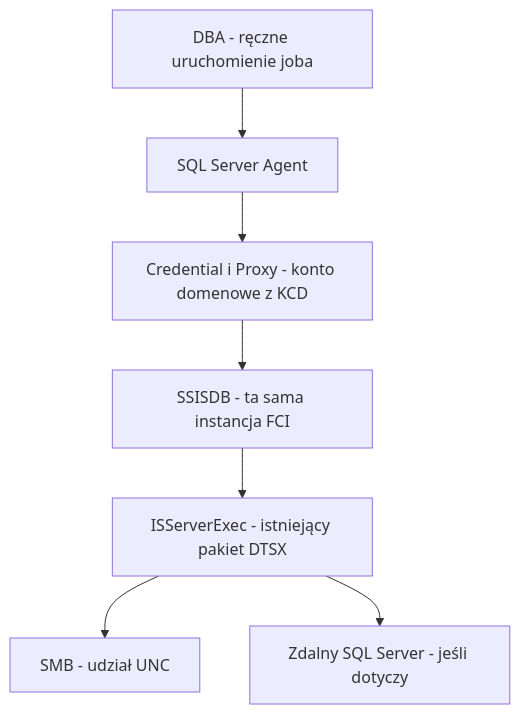
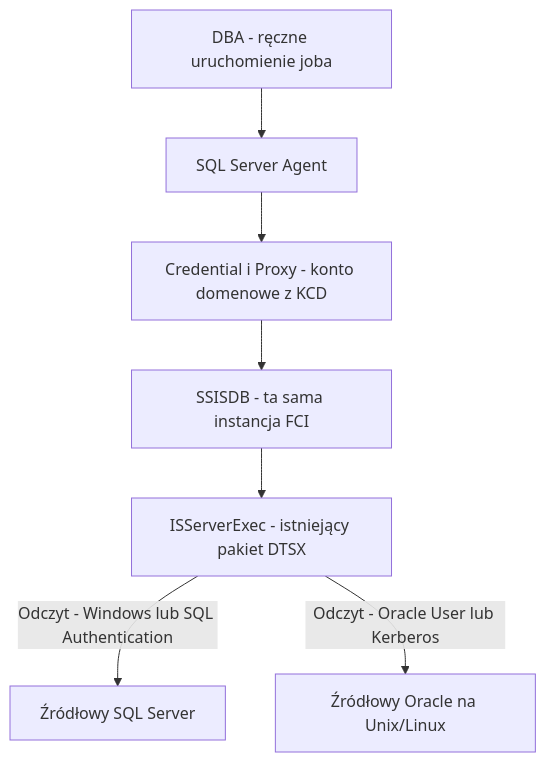
One commit to marcinpytlik/SQLManiak changed the diagram in docs/SSIS/SSIS-POC-KCD-Agent-Proxy.md. Above: the diagram before and after it, drawn with Mermaid. The commit also changed other lines of this file, not shown here.

Commit message:
docs: finalize read-only SSIS KCD POC for SQL Server and Oracle sources

```diff
--- a/docs/SSIS/SSIS-POC-KCD-Agent-Proxy.md
+++ b/docs/SSIS/SSIS-POC-KCD-Agent-Proxy.md
@@ -24,9 +24,9 @@
 ~~~mermaid
 flowchart TD
  A[DBA - ręczne uruchomienie joba] --> B[SQL Server Agent]
  B --> C[Credential i Proxy - konto domenowe z KCD]
  C --> D[SSISDB - ta sama instancja FCI]
  D --> E[ISServerExec - istniejący pakiet DTSX]
- E --> F[SMB - udział UNC]
- E --> G[Zdalny SQL Server - jeśli dotyczy]
+ E -->|Odczyt - Windows lub SQL Authentication| F[Źródłowy SQL Server]
+ E -->|Odczyt - Oracle User lub Kerberos| G[Źródłowy Oracle na Unix/Linux]
 ~~~
```
